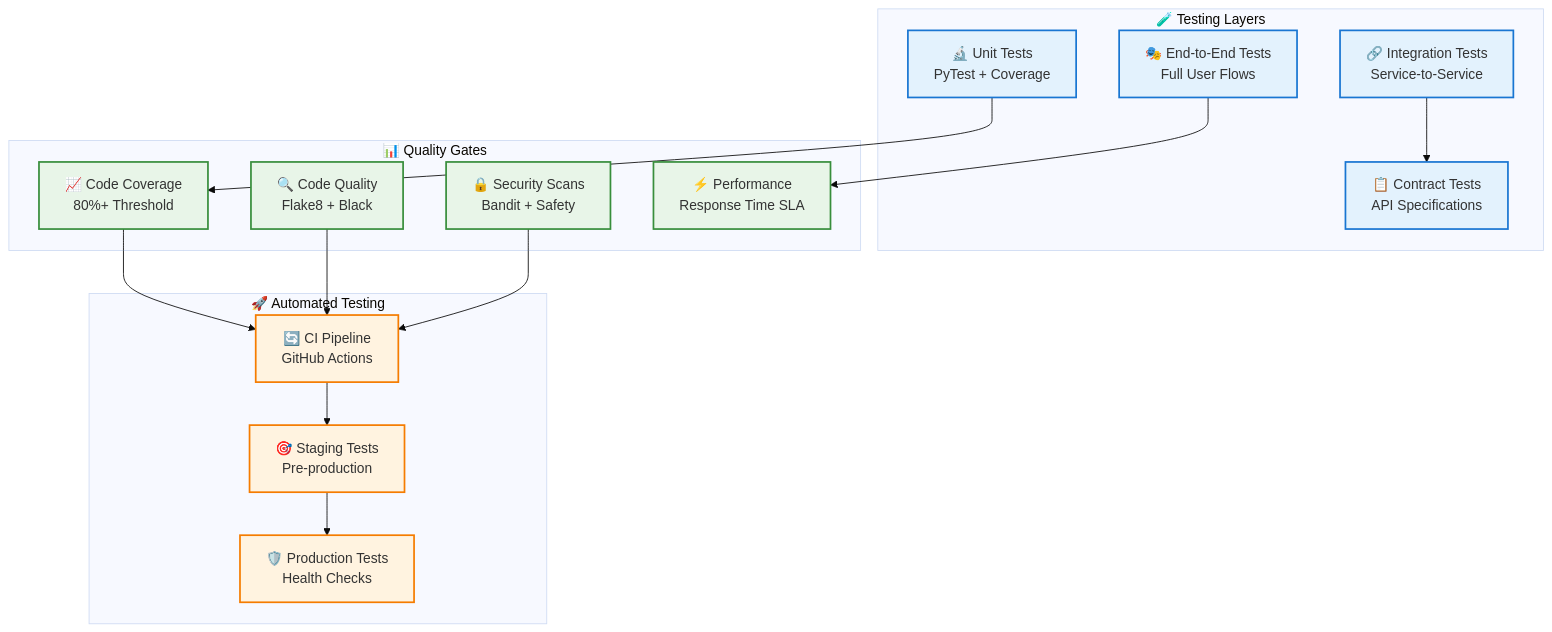
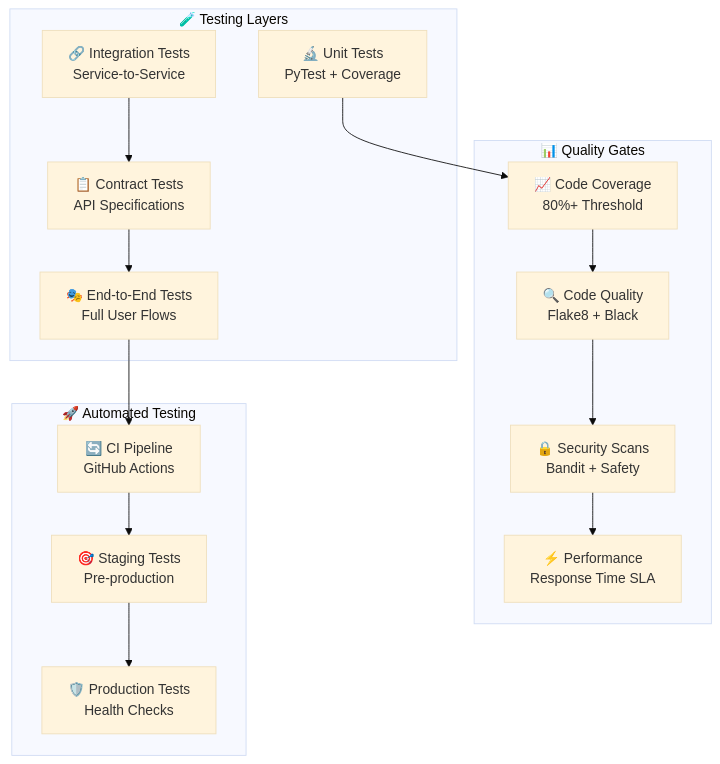
The diagram in app/docs-src/testing.md (alice3e/o11y), drawn with Mermaid (base theme) before and after one commit. The commit also changed 8 other files, not shown here.

````diff
--- a/app/docs-src/testing.md
+++ b/app/docs-src/testing.md
@@ -7,41 +7,33 @@
 ```mermaid
 graph TB
     subgraph "🧪 Testing Layers"
         UNIT[🔬 Unit Tests<br/>PyTest + Coverage]
         INTEGRATION[🔗 Integration Tests<br/>Service-to-Service]
         CONTRACT[📋 Contract Tests<br/>API Specifications]
         E2E[🎭 End-to-End Tests<br/>Full User Flows]
     end
     
     subgraph "📊 Quality Gates"
         COVERAGE[📈 Code Coverage<br/>80%+ Threshold]
         LINT[🔍 Code Quality<br/>Flake8 + Black]
         SECURITY[🔒 Security Scans<br/>Bandit + Safety]
         PERFORMANCE[⚡ Performance<br/>Response Time SLA]
     end
     
     subgraph "🚀 Automated Testing"
         CI[🔄 CI Pipeline<br/>GitHub Actions]
         STAGING[🎯 Staging Tests<br/>Pre-production]
         PROD[🛡️ Production Tests<br/>Health Checks]
     end
     
     UNIT --> COVERAGE
     INTEGRATION --> CONTRACT
-    E2E --> PERFORMANCE
-    
-    COVERAGE --> CI
-    LINT --> CI
-    SECURITY --> CI
-    
+    CONTRACT --> E2E
+    E2E --> CI
     CI --> STAGING
     STAGING --> PROD
     
-    classDef testBox fill:#e3f2fd,stroke:#1976d2,stroke-width:2px
-    classDef qualityBox fill:#e8f5e8,stroke:#388e3c,stroke-width:2px
-    classDef autoBox fill:#fff3e0,stroke:#f57c00,stroke-width:2px
-    
-    class UNIT,INTEGRATION,CONTRACT,E2E testBox
-    class COVERAGE,LINT,SECURITY,PERFORMANCE qualityBox
-    class CI,STAGING,PROD autoBox
+    COVERAGE --> LINT
+    LINT --> SECURITY
+    SECURITY --> PERFORMANCE
 ```
````
